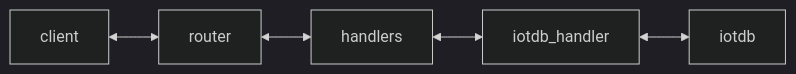
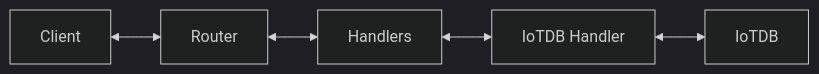
Before and after one commit to chrizmc/cdsp: the diagram in cdsp/information-layer/README.md, drawn with Mermaid (dark theme). The commit also changed other lines of this file and 25 other files, not shown here.

````diff
--- a/cdsp/information-layer/README.md
+++ b/cdsp/information-layer/README.md
@@ -14,7 +14,7 @@
 ```mermaid
 flowchart LR
-    client <--> router
-    router <--> handlers
-    handlers <--> iotdb_handler
-    iotdb_handler <--> iotdb
+    client["Client"] <--> router["Router"]
+    router <--> handlers["Handlers"]
+    handlers <--> iotdb_handler["IoTDB Handler"]
+    iotdb_handler <--> iotdb["IoTDB"]
 ```
````
